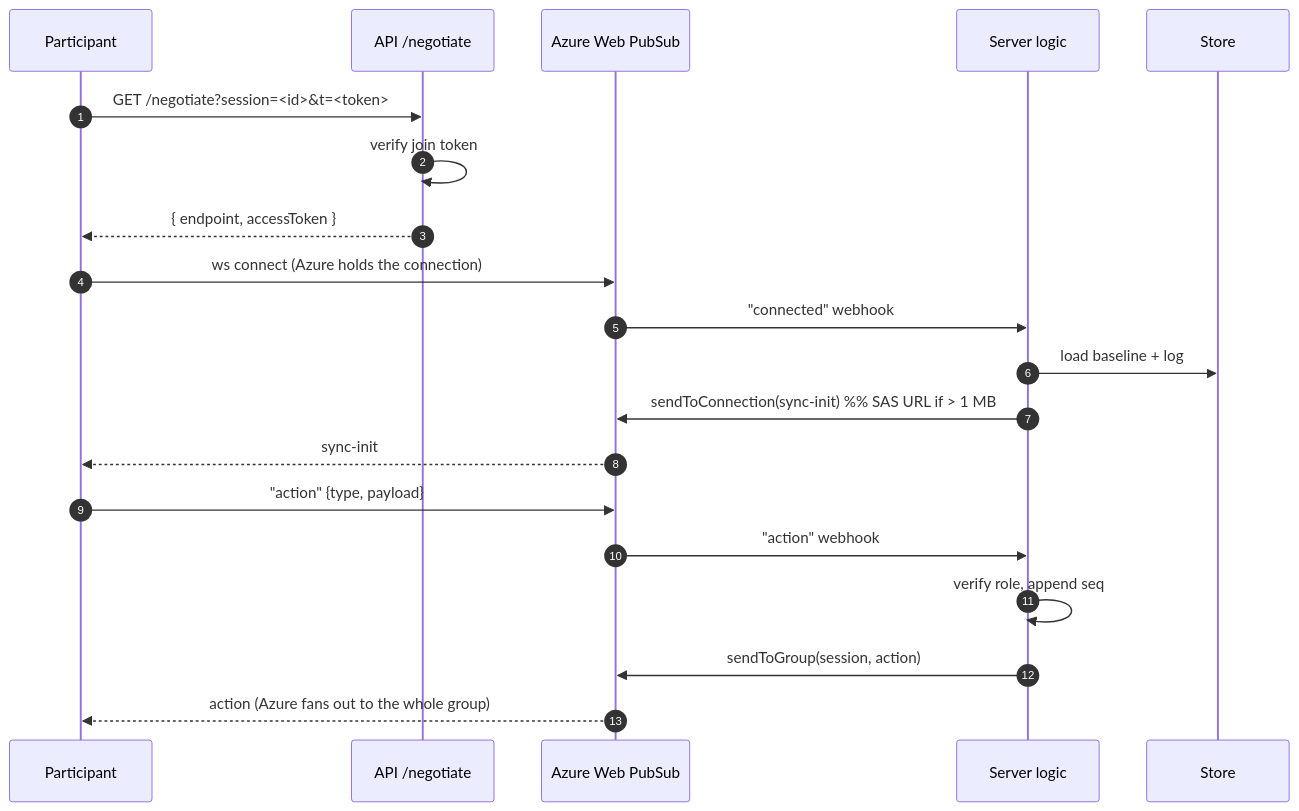
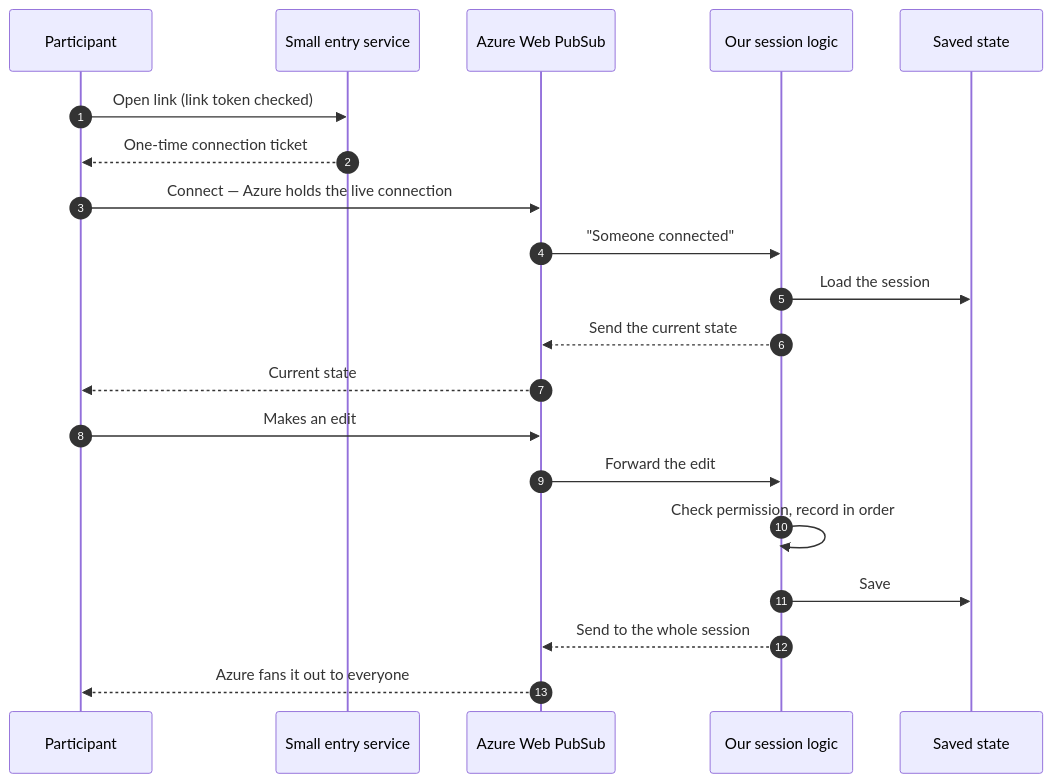
The seventh of 9 diagrams in GanttChartEditor/GanttChartEditor_OnlineCollabAzure_Presentation20260904.md (WhiTeXCharGe/TF_Testing), drawn with Mermaid before and after one commit. The commit also changed other lines of this file and 1 other file, not shown here.

First line of the commit message:
Rewrite online-collab Azure presentation for a non-technical audience; add JP version

````diff
--- a/GanttChartEditor/GanttChartEditor_OnlineCollabAzure_Presentation20260904.md
+++ b/GanttChartEditor/GanttChartEditor_OnlineCollabAzure_Presentation20260904.md
@@ -192,24 +182,24 @@
 ```mermaid
 sequenceDiagram
   autonumber
   participant P as Participant
-  participant N as API /negotiate
+  participant N as Small entry service
   participant W as Azure Web PubSub
-  participant S as Server logic
-  participant BL as Store
+  participant S as Our session logic
+  participant ST as Saved state
 
-  P->>N: GET /negotiate?session=<id>&t=<token>
-  N->>N: verify join token
-  N-->>P: { endpoint, accessToken }
-  P->>W: ws connect (Azure holds the connection)
-  W->>S: "connected" webhook
-  S->>BL: load baseline + log
-  S->>W: sendToConnection(sync-init)  %% SAS URL if > 1 MB
-  W-->>P: sync-init
+  P->>N: Open link (link token checked)
+  N-->>P: One-time connection ticket
+  P->>W: Connect — Azure holds the live connection
+  W->>S: "Someone connected"
+  S->>ST: Load the session
+  S-->>W: Send the current state
+  W-->>P: Current state
 
-  P->>W: "action" {type, payload}
-  W->>S: "action" webhook
-  S->>S: verify role, append seq
-  S->>W: sendToGroup(session, action)
-  W-->>P: action  (Azure fans out to the whole group)
+  P->>W: Makes an edit
+  W->>S: Forward the edit
+  S->>S: Check permission, record in order
+  S->>ST: Save
+  S-->>W: Send to the whole session
+  W-->>P: Azure fans it out to everyone
 ```
````
